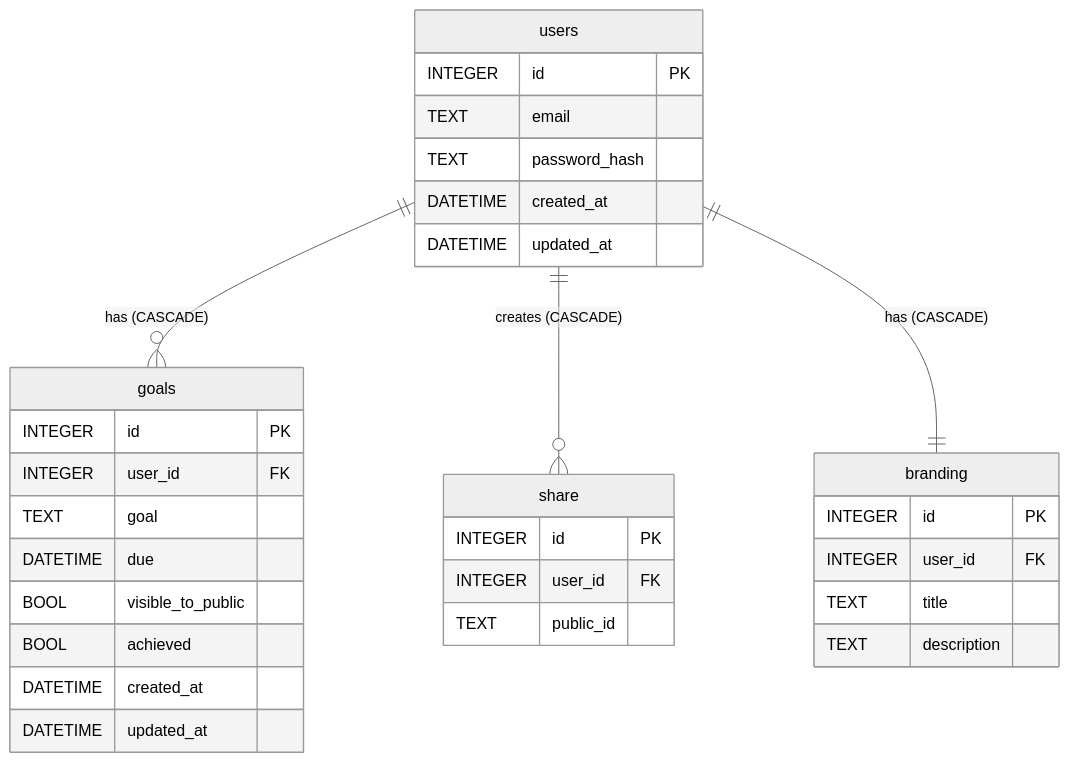
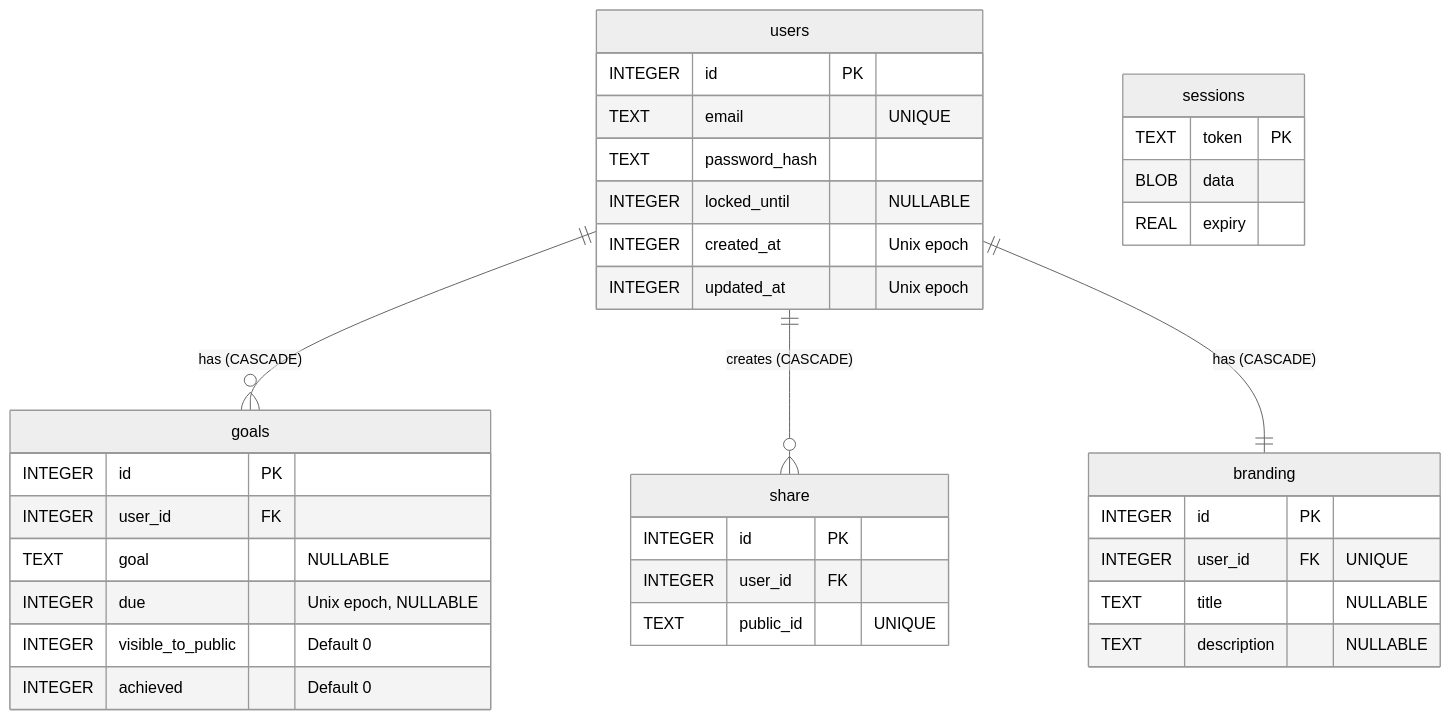
One commit to bit8bytes/goalkeepr changed the diagram in wiki/README.md. Above: the diagram before and after it, drawn with Mermaid (neutral theme). The commit also changed 67 other files, not shown here.

````diff
--- a/wiki/README.md
+++ b/wiki/README.md
@@ -22,38 +22,43 @@
 ```mermaid
 erDiagram
     users {
         INTEGER id PK
-        TEXT email
+        TEXT email "UNIQUE"
         TEXT password_hash
-        DATETIME created_at
-        DATETIME updated_at
+        INTEGER locked_until "NULLABLE"
+        INTEGER created_at "Unix epoch"
+        INTEGER updated_at "Unix epoch"
     }
 
     branding {
         INTEGER id PK
-        INTEGER user_id FK
-        TEXT title
-        TEXT description
+        INTEGER user_id FK "UNIQUE"
+        TEXT title "NULLABLE"
+        TEXT description "NULLABLE"
     }
 
     goals {
         INTEGER id PK
         INTEGER user_id FK
-        TEXT goal
-        DATETIME due
-        BOOL visible_to_public
-        BOOL achieved
-        DATETIME created_at
-        DATETIME updated_at
+        TEXT goal "NULLABLE"
+        INTEGER due "Unix epoch, NULLABLE"
+        INTEGER visible_to_public "Default 0"
+        INTEGER achieved "Default 0"
     }
 
     share {
         INTEGER id PK
         INTEGER user_id FK
-        TEXT public_id
+        TEXT public_id "UNIQUE"
+    }
+
+    sessions {
+        TEXT token PK
+        BLOB data
+        REAL expiry
     }
 
     users ||--o{ goals : "has (CASCADE)"
     users ||--o{ share : "creates (CASCADE)"
     users ||--|| branding : "has (CASCADE)"
 ```
````
